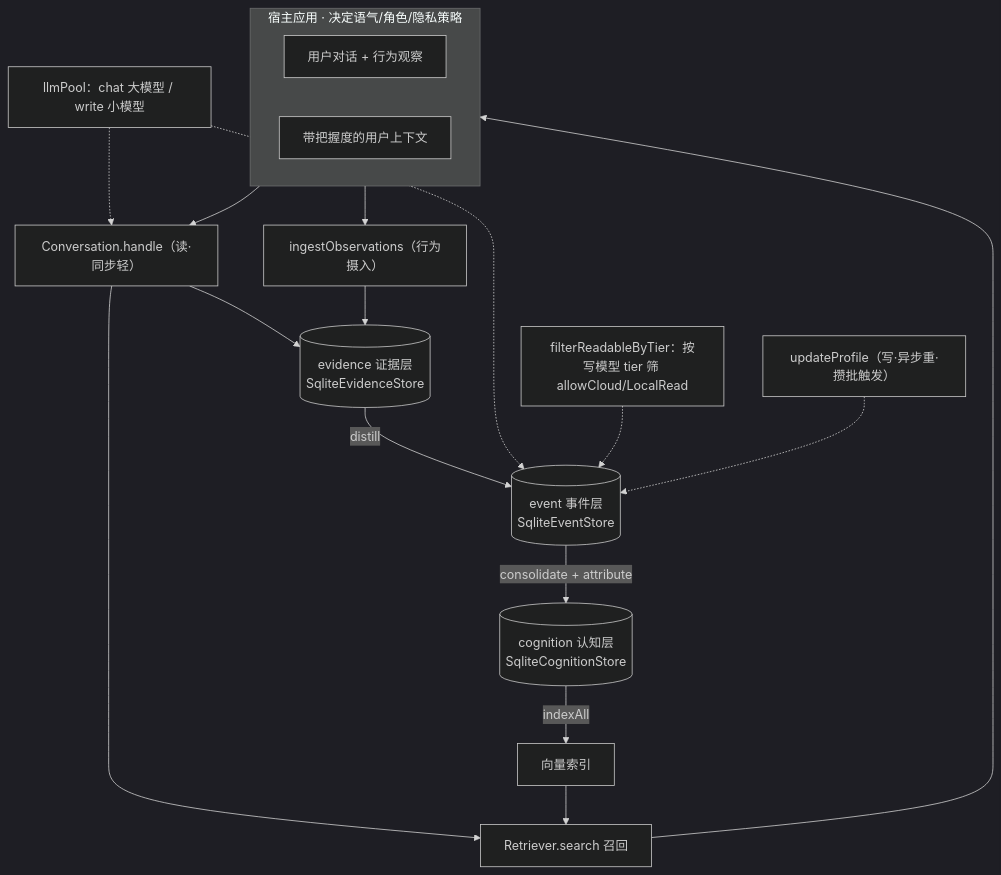
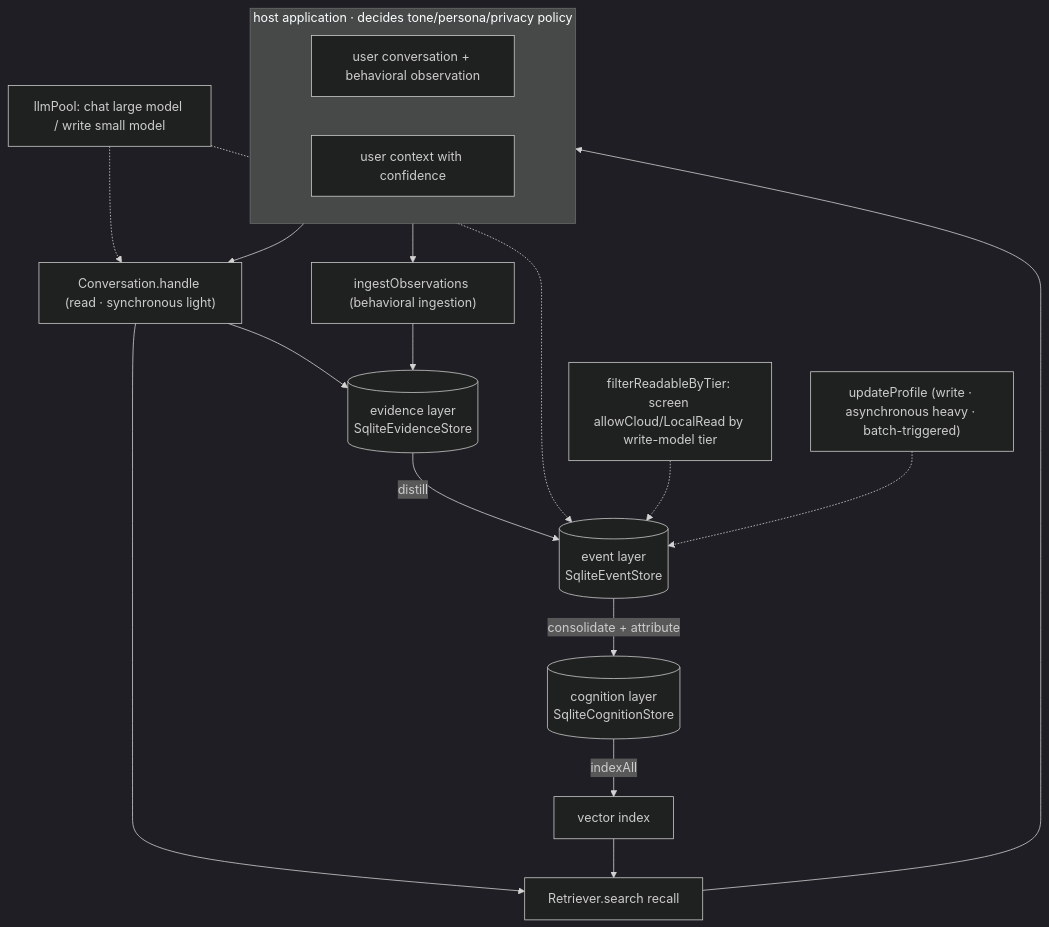
Before and after one commit to kestercarroll702-gif/memoweft: the fourth of 4 diagrams in docs/architecture.md, drawn with Mermaid (dark theme). The commit also changed other lines of this file and 1 other file, not shown here.

First line of the commit message:
docs(architecture): 英文化 architecture（英文主 + 中文 .zh-CN 降级同步）

````diff
--- a/docs/architecture.md
+++ b/docs/architecture.md
@@ -305,27 +307,27 @@
 ```mermaid
 flowchart TB
-  subgraph HOST["宿主应用 · 决定语气/角色/隐私策略"]
+  subgraph HOST["host application · decides tone/persona/privacy policy"]
     direction LR
-    IN["用户对话 + 行为观察"]
-    OUT["带把握度的用户上下文"]
+    IN["user conversation + behavioral observation"]
+    OUT["user context with confidence"]
   end
 
-  IN --> CONV["Conversation.handle（读·同步轻）"]
-  IN --> ING["ingestObservations（行为摄入）"]
+  IN --> CONV["Conversation.handle (read · synchronous light)"]
+  IN --> ING["ingestObservations (behavioral ingestion)"]
 
-  CONV --> EV[("evidence 证据层<br/>SqliteEvidenceStore")]
+  CONV --> EV[("evidence layer<br/>SqliteEvidenceStore")]
   ING --> EV
-  CONV --> RET["Retriever.search 召回"]
+  CONV --> RET["Retriever.search recall"]
   RET --> OUT
 
-  EV -->|"distill"| EVT[("event 事件层<br/>SqliteEventStore")]
-  EVT -->|"consolidate + attribute"| COG[("cognition 认知层<br/>SqliteCognitionStore")]
-  COG -->|"indexAll"| IDX["向量索引"]
+  EV -->|"distill"| EVT[("event layer<br/>SqliteEventStore")]
+  EVT -->|"consolidate + attribute"| COG[("cognition layer<br/>SqliteCognitionStore")]
+  COG -->|"indexAll"| IDX["vector index"]
   IDX --> RET
 
-  LLM["llmPool：chat 大模型 / write 小模型"] -.-> CONV
+  LLM["llmPool: chat large model / write small model"] -.-> CONV
   LLM -.-> EVT
-  PRIV["filterReadableByTier：按写模型 tier 筛 allowCloud/LocalRead"] -.-> EVT
+  PRIV["filterReadableByTier: screen allowCloud/LocalRead by write-model tier"] -.-> EVT
 
-  UP["updateProfile（写·异步重·攒批触发）"] -.-> EVT
+  UP["updateProfile (write · asynchronous heavy · batch-triggered)"] -.-> EVT
 ```
````
